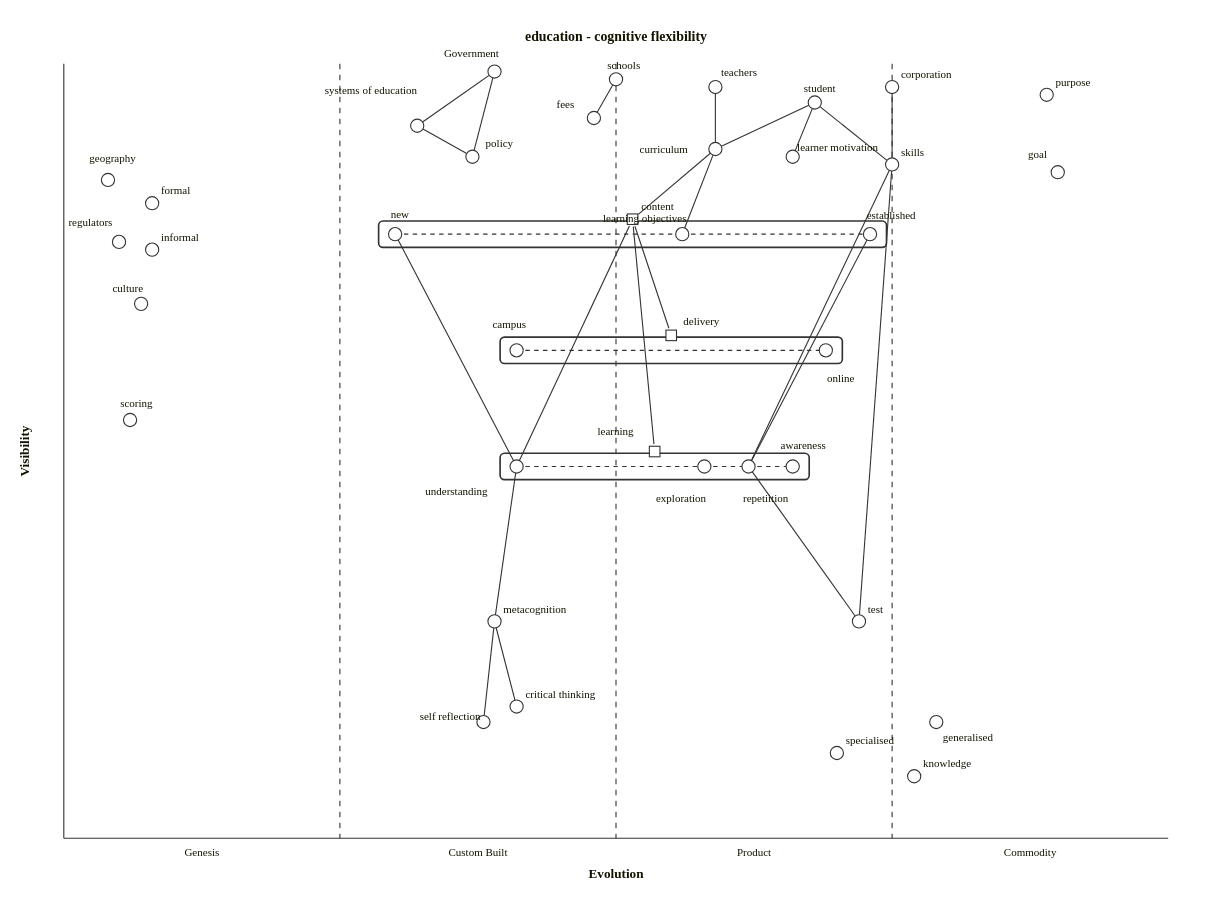
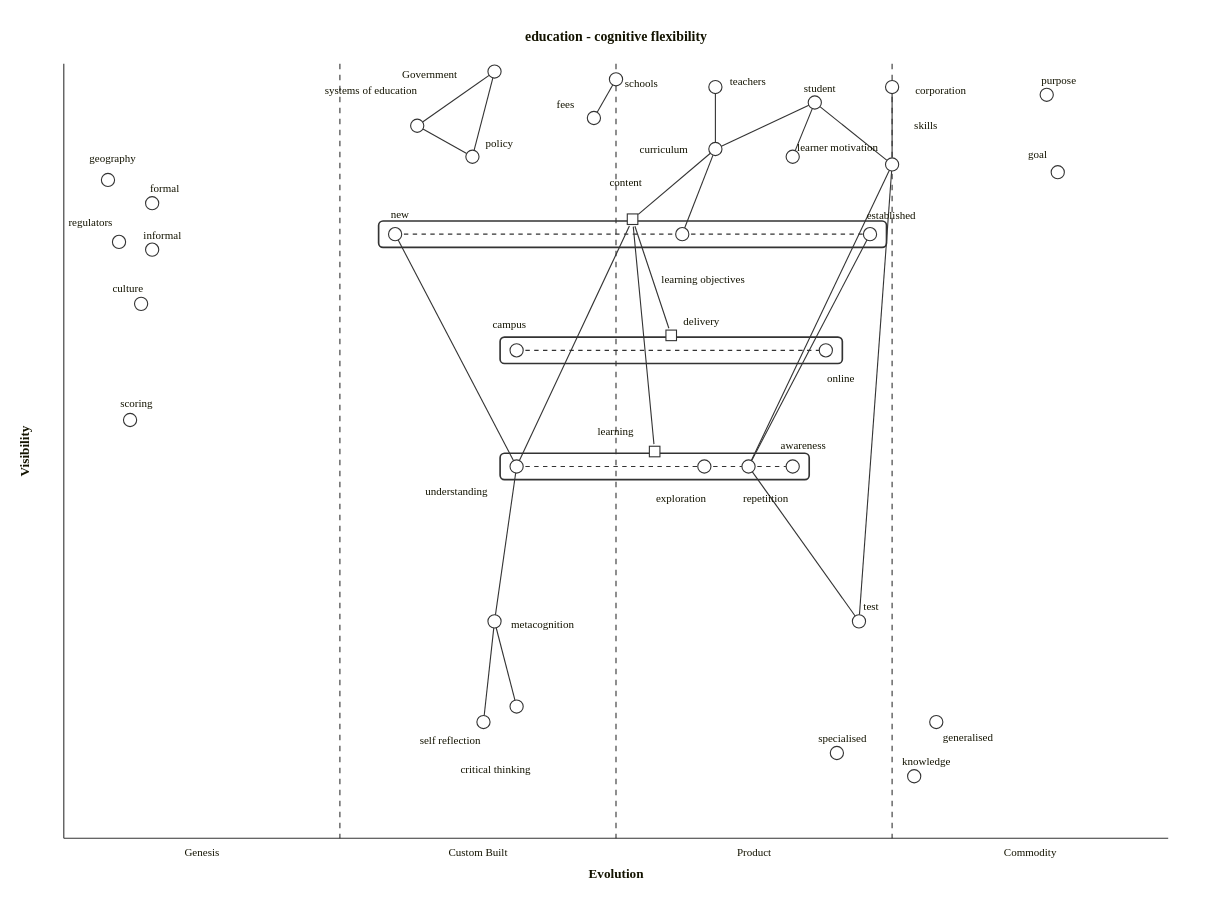
Before and after one commit to tractorjuice/wardley-maps-mermaid: the diagram in education/education-cognitive-flexibility.mmd, drawn with Mermaid. The commit also changed 143 other files, not shown here.

```diff
--- a/education/education-cognitive-flexibility.mmd
+++ b/education/education-cognitive-flexibility.mmd
@@ -1,70 +1,70 @@
 wardley-beta
 
 title education - cognitive flexibility
 size [1100, 800]
 component systems of education [0.92, 0.32] label [-84, -29]
 component policy [0.88, 0.37] label [12, -9]
-component Government [0.99, 0.39] label [-46, -13]
+component Government [0.99, 0.39] label [-84, 6]
 component regulators [0.77, 0.05] label [-46, -14]
-component schools [0.98, 0.50] label [-8, -9]
+component schools [0.98, 0.50] label [8, 7]
 component fees [0.93, 0.48] label [-34, -9]
 component scoring [0.54, 0.06] label [-9, -12]
 component learner motivation [0.88, 0.66] label [4, -5]
 component goal [0.86, 0.90] label [-27, -13]
-component purpose [0.96, 0.89]
-component formal [0.82, 0.08]
-component informal [0.76, 0.08]
+component purpose [0.96, 0.89] label [-5, -10]
+component formal [0.82, 0.08] label [-2, -10]
+component informal [0.76, 0.08] label [-8, -10]
 component geography [0.85, 0.04] label [-17, -16]
 component culture [0.69, 0.07] label [-26, -11]
-component specialised [0.11, 0.70]
+component specialised [0.11, 0.70] label [-17, -10]
 component generalised [0.15, 0.79] label [6, 17]
-component knowledge [0.08, 0.77]
-component teachers [0.97, 0.59] label [5, -10]
+component knowledge [0.08, 0.77] label [-11, -10]
+component teachers [0.97, 0.59] label [13, -2]
 component student [0.95, 0.68] label [-10, -10]
 component curriculum [0.89, 0.59] label [-69, 4]
-component test [0.28, 0.72]
-component corporation [0.97, 0.75]
-component skills [0.87, 0.75]
-component content [0.78, 0.63]
+component test [0.28, 0.72] label [4, -10]
+component corporation [0.97, 0.75] label [21, 6]
+component skills [0.87, 0.75] label [20, -32]
+component content [0.78, 0.63] label [-21, -30]
 pipeline content {
   component new [0.3] label [-4, -15]
-  component learning objectives [0.56] label [-72, -11]
+  component learning objectives [0.56] label [-19, 44]
   component established [0.73] label [-3, -14]
 }
 component delivery [0.63, 0.64] label [11, -9]
 pipeline delivery {
   component campus [0.41] label [-22, -20]
   component online [0.69] label [1, 29]
 }
 component learning [0.48, 0.55] label [-52, -15]
 pipeline learning {
   component understanding [0.41] label [-83, 26]
   component exploration [0.58] label [-44, 32]
   component repetiition [0.62] label [-5, 32]
   component awareness [0.66] label [-11, -16]
 }
-component critical thinking [0.17, 0.41]
-component metacognition [0.28, 0.39]
-component self reflection [0.15, 0.38] label [-58, -2]
+component critical thinking [0.17, 0.41] label [-51, 60]
+component metacognition [0.28, 0.39] label [15, 6]
+component self reflection [0.15, 0.38] label [-58, 20]
 corporation -> skills
 skills -> repetiition
 repetiition -> test
 student -> curriculum
 teachers -> curriculum
 curriculum -> content
 content -> delivery
 content -> learning
 understanding -> metacognition
 metacognition -> critical thinking
 metacognition -> self reflection
 established -> repetiition
 new -> understanding
 skills -> test
 content -> understanding
 student -> skills
 curriculum -> learning objectives
 schools -> fees
 Government -> systems of education
 systems of education -> policy
 Government -> policy
 student -> learner motivation
```
